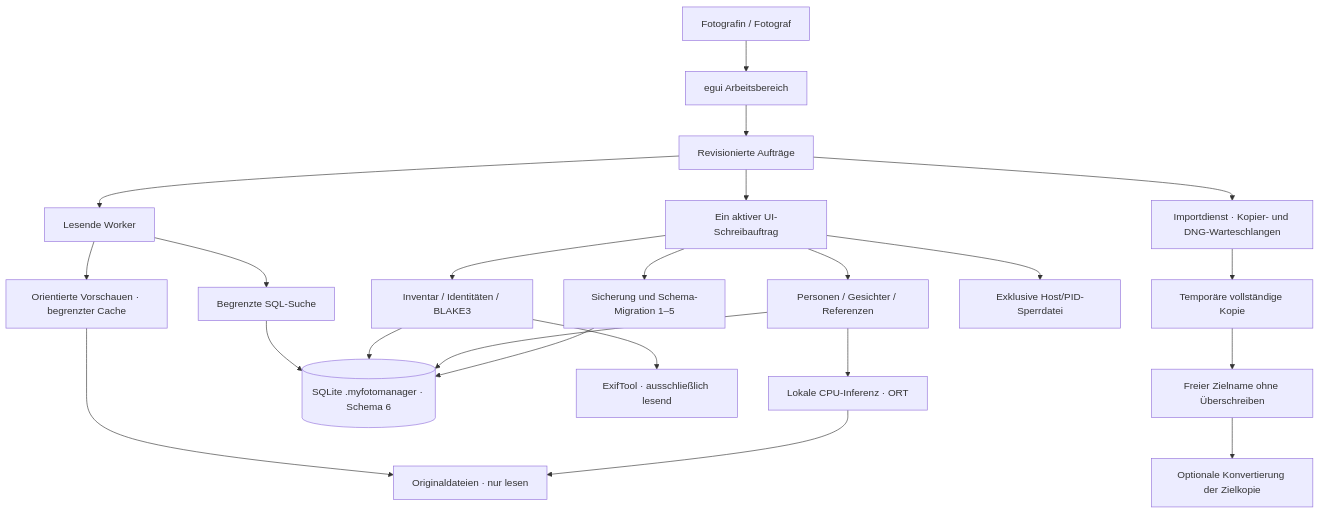
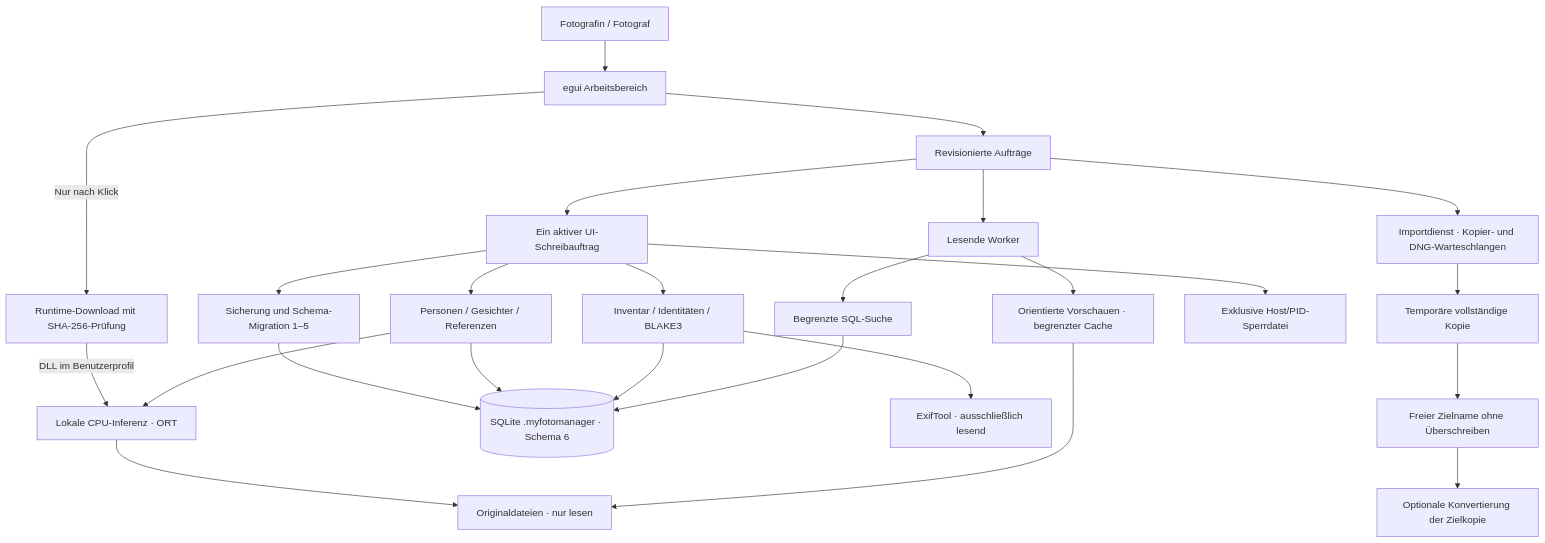
The first of 2 diagrams in docs/architektur.md (hggerdd/foto-importer), drawn with Mermaid before and after one commit. The commit also changed other lines of this file and 16 other files, not shown here.

First line of the commit message:
Offer a verified ONNX Runtime download

````diff
--- a/docs/architektur.md
+++ b/docs/architektur.md
@@ -7,25 +7,27 @@
 ```mermaid
 flowchart TB
     User[Fotografin / Fotograf] --> UI[egui Arbeitsbereich]
     UI --> Commands[Revisionierte Aufträge]
     Commands --> Readers[Lesende Worker]
     Commands --> Writer[Ein aktiver UI-Schreibauftrag]
     Commands --> Copy[Importdienst · Kopier- und DNG-Warteschlangen]
     Readers --> Query[Begrenzte SQL-Suche]
     Readers --> Preview[Orientierte Vorschauen · begrenzter Cache]
     Writer --> Index[Inventar / Identitäten / BLAKE3]
     Writer --> Faces[Personen / Gesichter / Referenzen]
     Writer --> Migrations[Sicherung und Schema-Migration 1–5]
     Faces --> ONNX[Lokale CPU-Inferenz · ORT]
+    UI -->|Nur nach Klick| Runtime[Runtime-Download mit SHA-256-Prüfung]
+    Runtime -->|DLL im Benutzerprofil| ONNX
     Writer --> Lock[Exklusive Host/PID-Sperrdatei]
     Query --> DB[(SQLite .myfotomanager · Schema 6)]
     Index --> DB
     Faces --> DB
     Migrations --> DB
     Index --> Exif[ExifTool · ausschließlich lesend]
     Copy --> Stage[Temporäre vollständige Kopie]
     Stage --> Target[Freier Zielname ohne Überschreiben]
     Target --> Adobe[Optionale Konvertierung der Zielkopie]
     Preview --> Originals[Originaldateien · nur lesen]
     ONNX --> Originals
 ```
````
